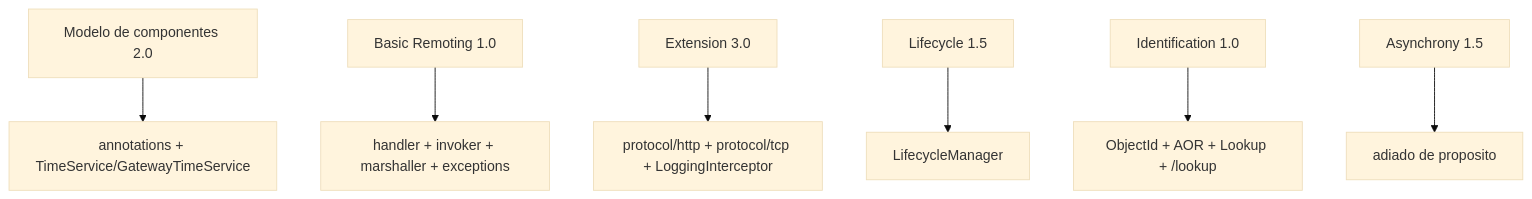
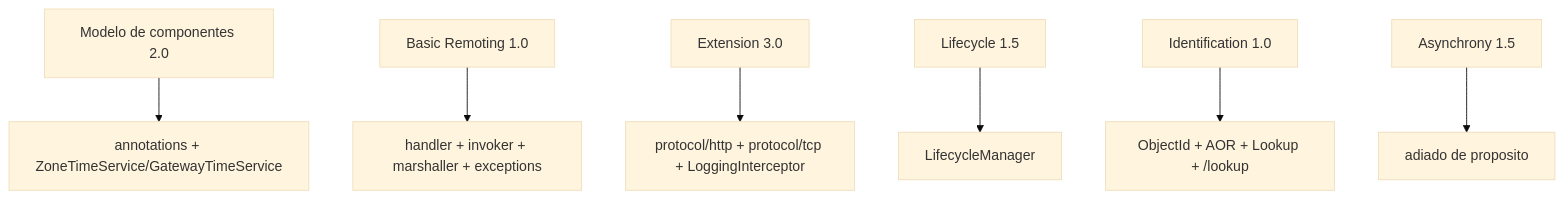
The sixth of 6 diagrams in docs/como-funciona.md (maycon-mdrs/middleware), drawn with Mermaid (base theme) before and after one commit. The commit also changed other lines of this file and 2 other files, not shown here.

First line of the commit message:
Refactor GatewayTimeService and update documentation

````diff
--- a/docs/como-funciona.md
+++ b/docs/como-funciona.md
@@ -240,9 +242,9 @@
 ```mermaid
 flowchart TB
-  MC[Modelo de componentes 2.0] --> Ann["annotations + TimeService/GatewayTimeService"]
+  MC[Modelo de componentes 2.0] --> Ann["annotations + ZoneTimeService/GatewayTimeService"]
   BR[Basic Remoting 1.0] --> Core["handler + invoker + marshaller + exceptions"]
   EX[Extension 3.0] --> Ext["protocol/http + protocol/tcp + LoggingInterceptor"]
   LC[Lifecycle 1.5] --> Life["LifecycleManager"]
   ID[Identification 1.0] --> Ident["ObjectId + AOR + Lookup + /lookup"]
   AS[Asynchrony 1.5] --> Depois["adiado de proposito"]
 ```
````
